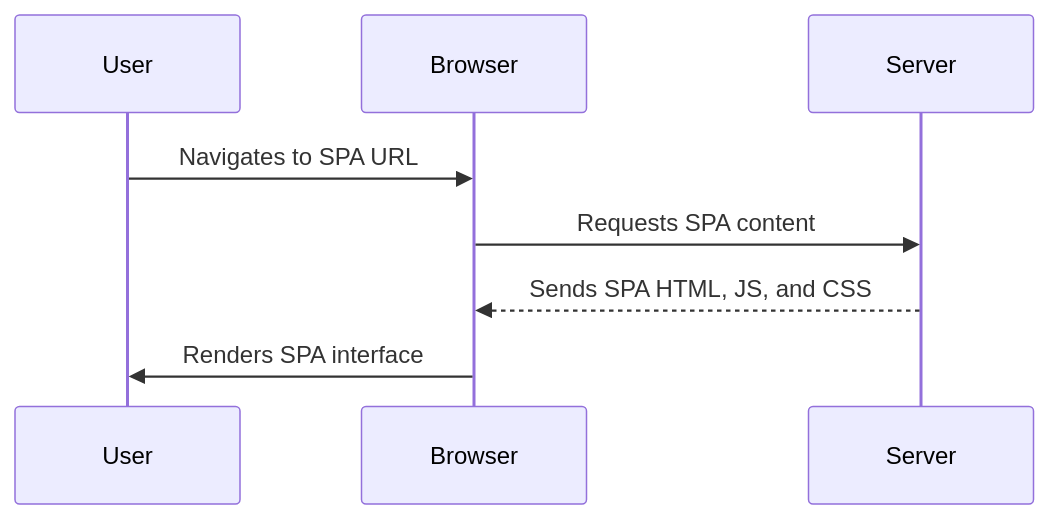
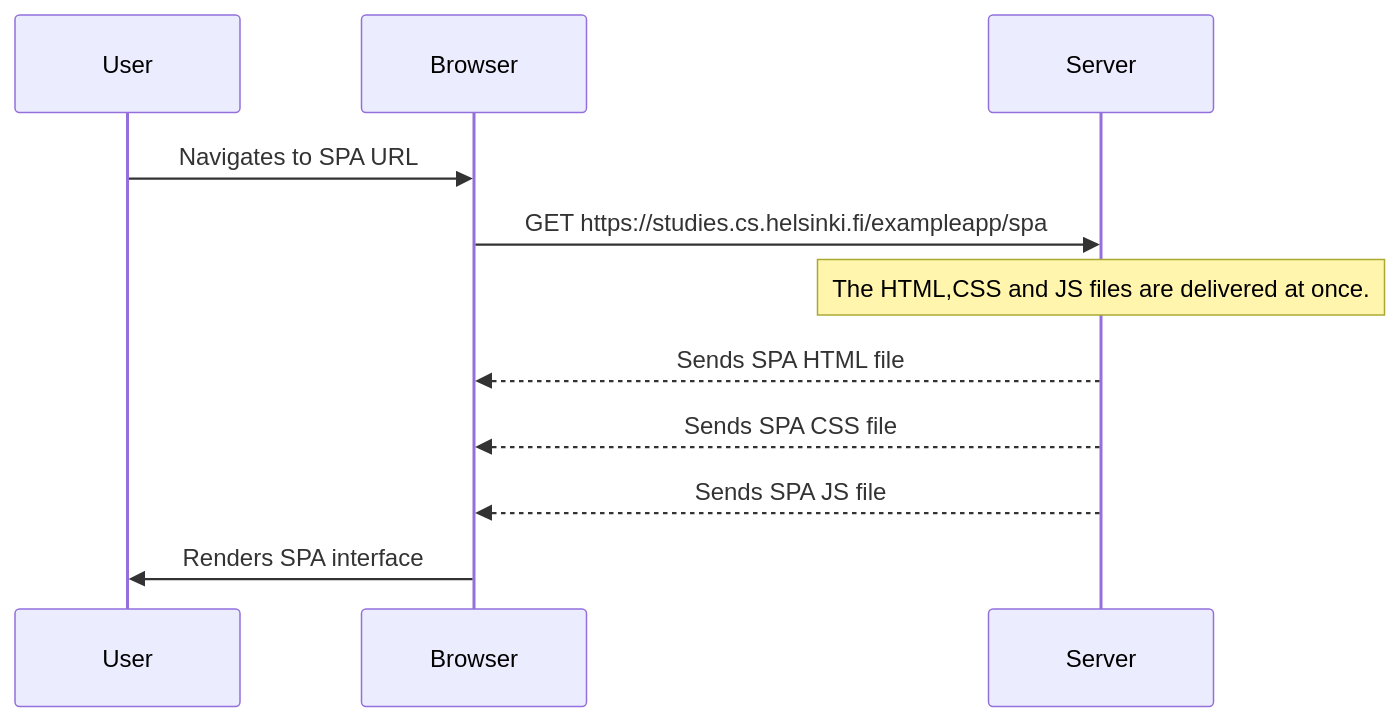
Before and after one commit to Rajdeep-Chakraborty0611/fullstackopen-submissions: the diagram in part0/sqd_ex5.md, drawn with Mermaid.

Commit message:
changes to ex5

````diff
--- a/part0/sqd_ex5.md
+++ b/part0/sqd_ex5.md
@@ -1,10 +1,13 @@
 ```mermaid
 sequenceDiagram
     participant User
     participant Browser
     participant Server
     User->>Browser: Navigates to SPA URL
-    Browser->>Server: Requests SPA content
-    Server-->>Browser: Sends SPA HTML, JS, and CSS
+    Browser->>Server: GET https://studies.cs.helsinki.fi/exampleapp/spa
+    Note over Server: The HTML,CSS and JS files are delivered at once.
+    Server-->>Browser: Sends SPA HTML file
+    Server-->>Browser: Sends SPA CSS file
+    Server-->>Browser: Sends SPA JS file
     Browser->>User: Renders SPA interface
 ```
````
